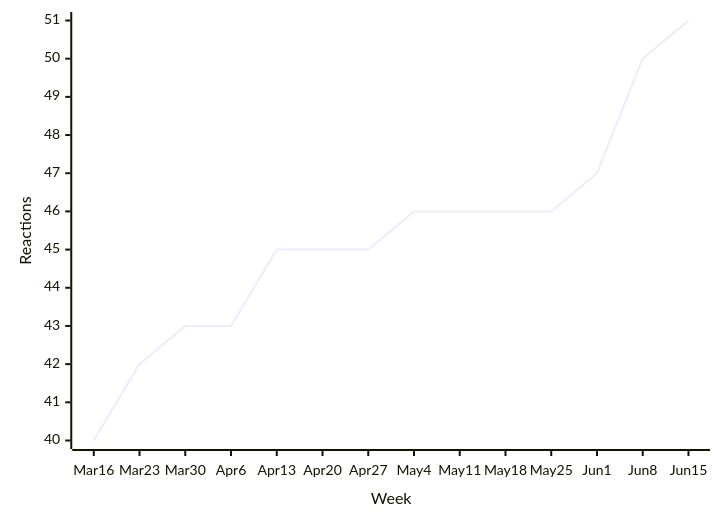
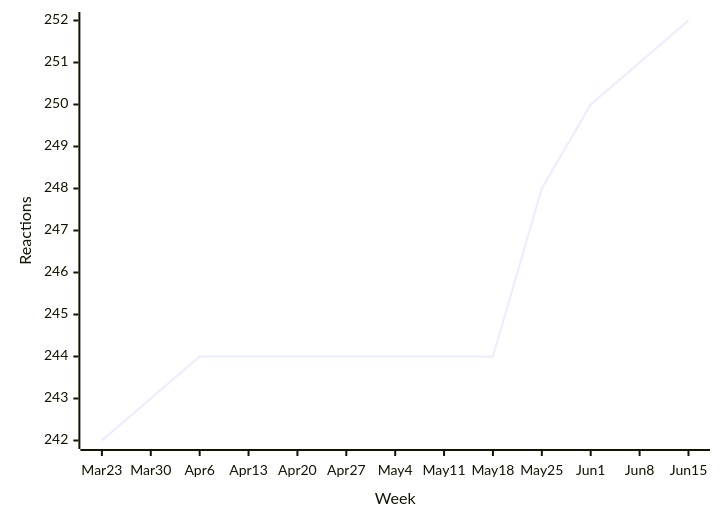
One commit to loic-sharma/github-insights changed diagram 14 of 49 in README.md. Above: the diagram before and after it, drawn with Mermaid. The commit also changed other lines of this file and 3 other files, not shown here.

````diff
--- a/README.md
+++ b/README.md
@@ -560,6 +560,6 @@
   ```mermaid
   xychart-beta
-    x-axis "Week" [Mar 16, Mar 23, Mar 30, Apr 6, Apr 13, Apr 20, Apr 27, May 4, May 11, May 18, May 25, Jun 1, Jun 8, Jun 15]
+    x-axis "Week" [Mar 23, Mar 30, Apr 6, Apr 13, Apr 20, Apr 27, May 4, May 11, May 18, May 25, Jun 1, Jun 8, Jun 15]
     y-axis "Reactions"
-    line [40, 42, 43, 43, 45, 45, 45, 46, 46, 46, 46, 47, 50, 51]
+    line [242, 243, 244, 244, 244, 244, 244, 244, 244, 248, 250, 251, 252]
   ```
````
